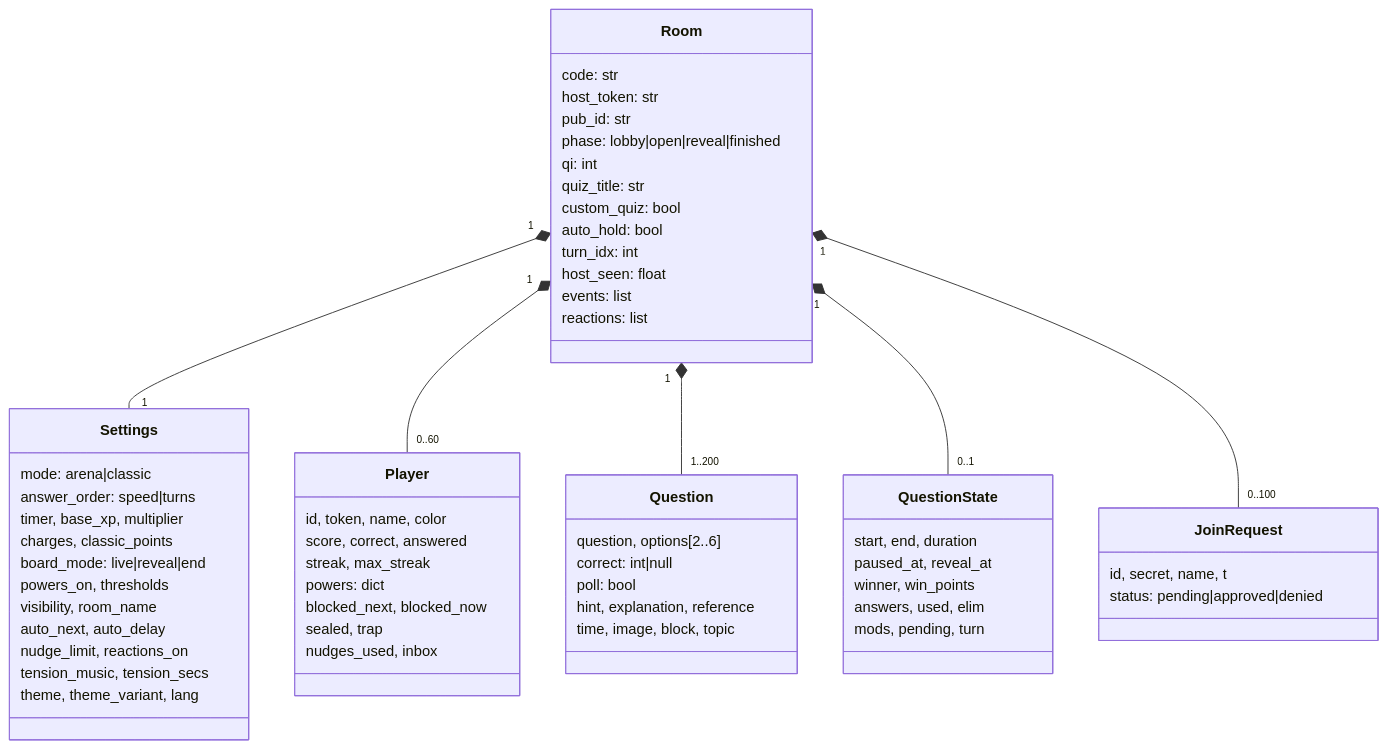
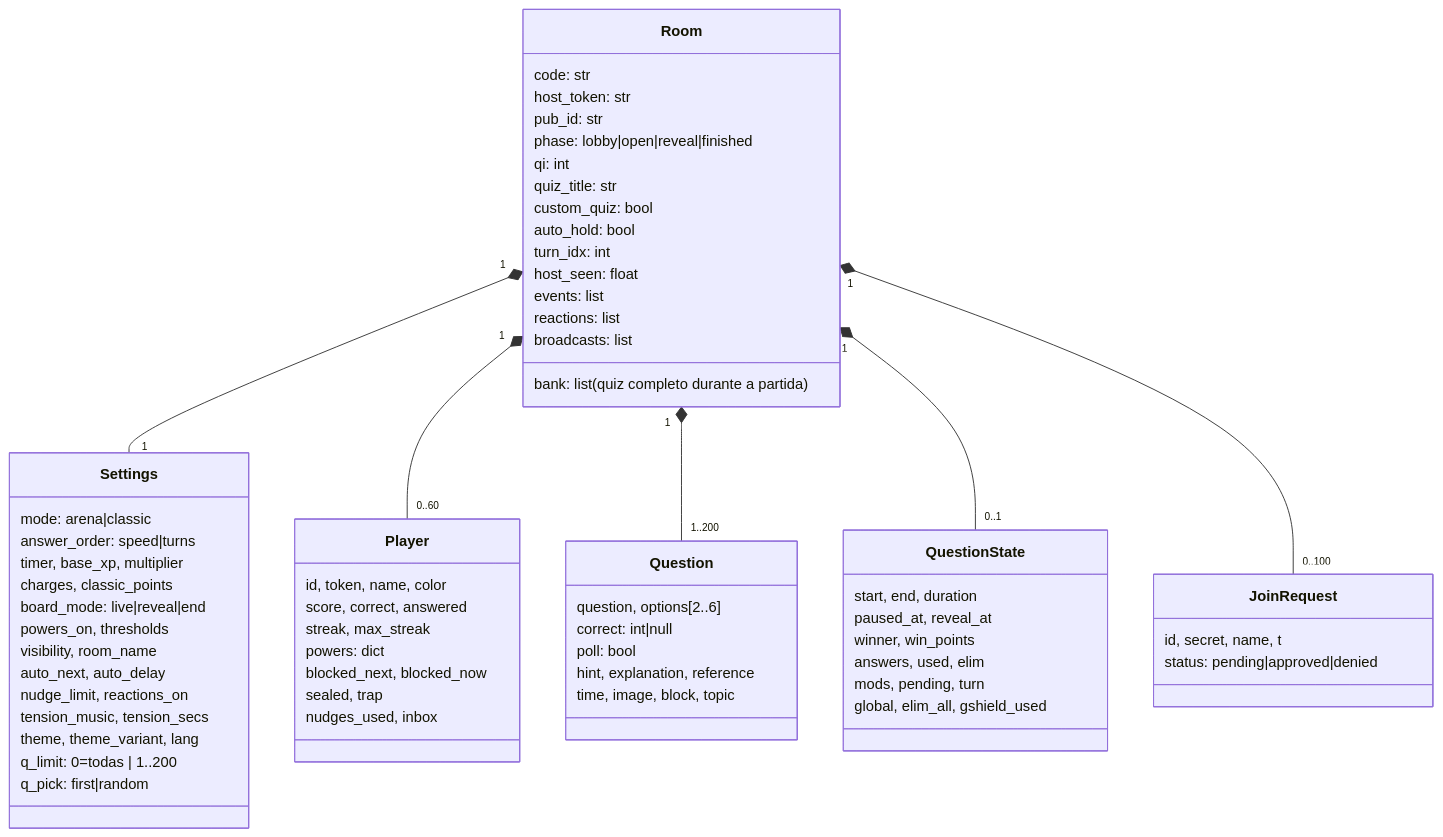
Before and after one commit to luiskenji-ido/arena-quiz-multiplayer: the diagram in docs/diagramas/11_modelo_dados.mmd, drawn with Mermaid. The commit also changed 19 other files, not shown here.

Commit message:
Escopo da partida: escolher quantas perguntas do quiz usar 1

```diff
--- a/docs/diagramas/11_modelo_dados.mmd
+++ b/docs/diagramas/11_modelo_dados.mmd
@@ -1,60 +1,65 @@
 classDiagram
   class Room {
     code: str
     host_token: str
     pub_id: str
     phase: lobby|open|reveal|finished
     qi: int
     quiz_title: str
     custom_quiz: bool
     auto_hold: bool
     turn_idx: int
     host_seen: float
     events: list
     reactions: list
+    broadcasts: list
+    bank: list (quiz completo durante a partida)
   }
   class Settings {
     mode: arena|classic
     answer_order: speed|turns
     timer, base_xp, multiplier
     charges, classic_points
     board_mode: live|reveal|end
     powers_on, thresholds
     visibility, room_name
     auto_next, auto_delay
     nudge_limit, reactions_on
     tension_music, tension_secs
     theme, theme_variant, lang
+    q_limit: 0=todas | 1..200
+    q_pick: first|random
   }
   class Player {
     id, token, name, color
     score, correct, answered
     streak, max_streak
     powers: dict
     blocked_next, blocked_now
     sealed, trap
     nudges_used, inbox
   }
   class Question {
     question, options[2..6]
     correct: int|null
     poll: bool
     hint, explanation, reference
     time, image, block, topic
   }
   class QuestionState {
     start, end, duration
     paused_at, reveal_at
     winner, win_points
     answers, used, elim
     mods, pending, turn
+    global, elim_all, gshield_used
   }
   class JoinRequest {
     id, secret, name, t
     status: pending|approved|denied
   }
   Room "1" *-- "1" Settings
   Room "1" *-- "0..60" Player
   Room "1" *-- "1..200" Question
   Room "1" *-- "0..1" QuestionState
   Room "1" *-- "0..100" JoinRequest
```
